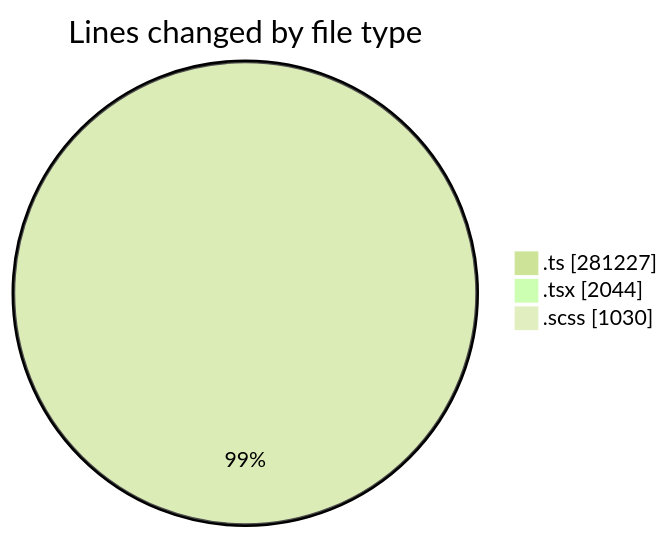
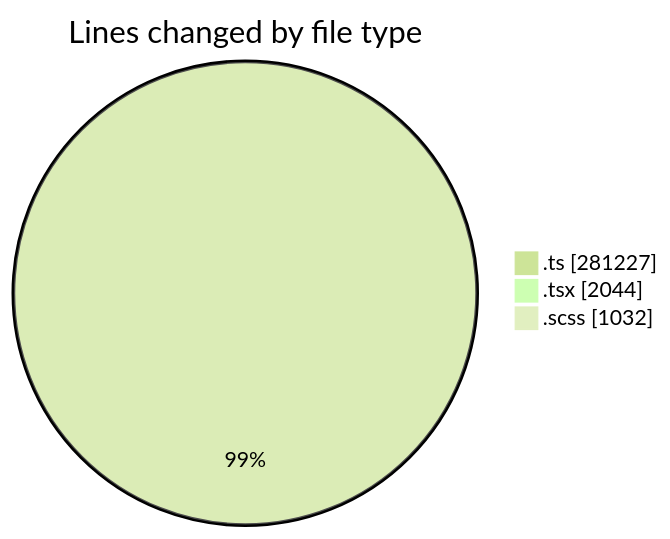
The first of 2 diagrams in 2025-08-22/cda/README.md (momahboobian/code-tracking), drawn with Mermaid (forest theme) before and after one commit. The commit also changed other lines of this file and 1 other file, not shown here.

````diff
--- a/2025-08-22/cda/README.md
+++ b/2025-08-22/cda/README.md
@@ -43,7 +43,7 @@
 ```mermaid
 pie showData
 title Lines changed by file type
 ".ts" : 281227
 ".tsx" : 2044
-".scss" : 1030
+".scss" : 1032
 ```
````
